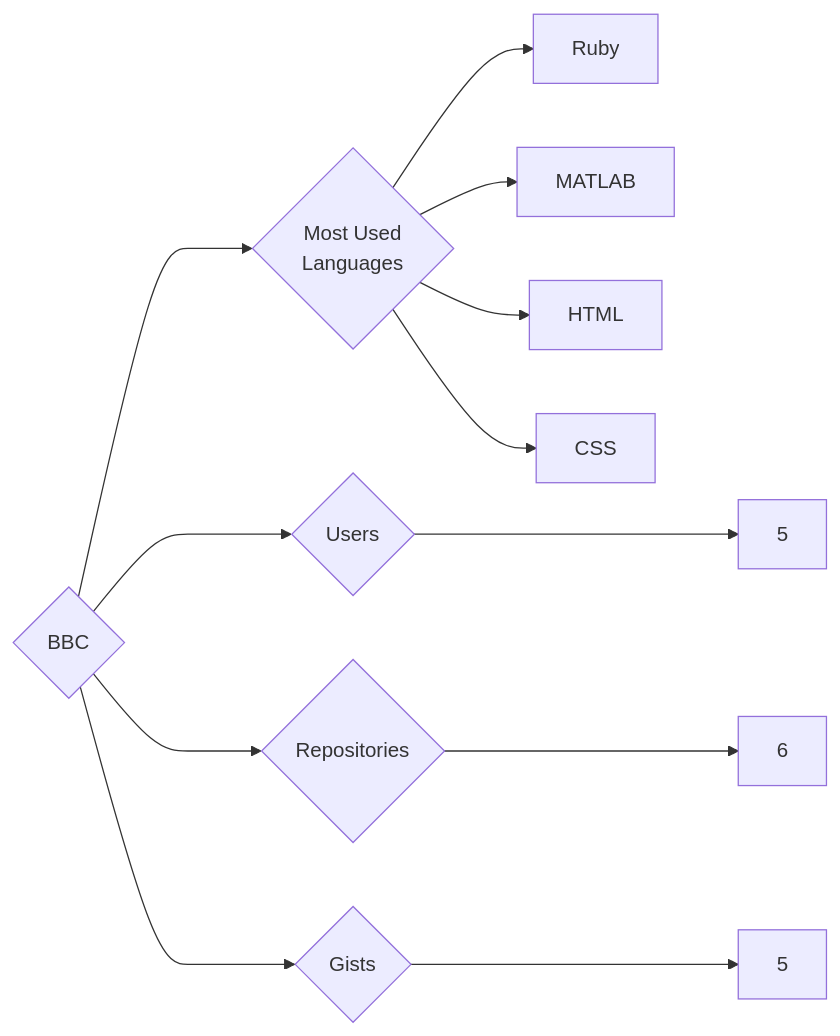
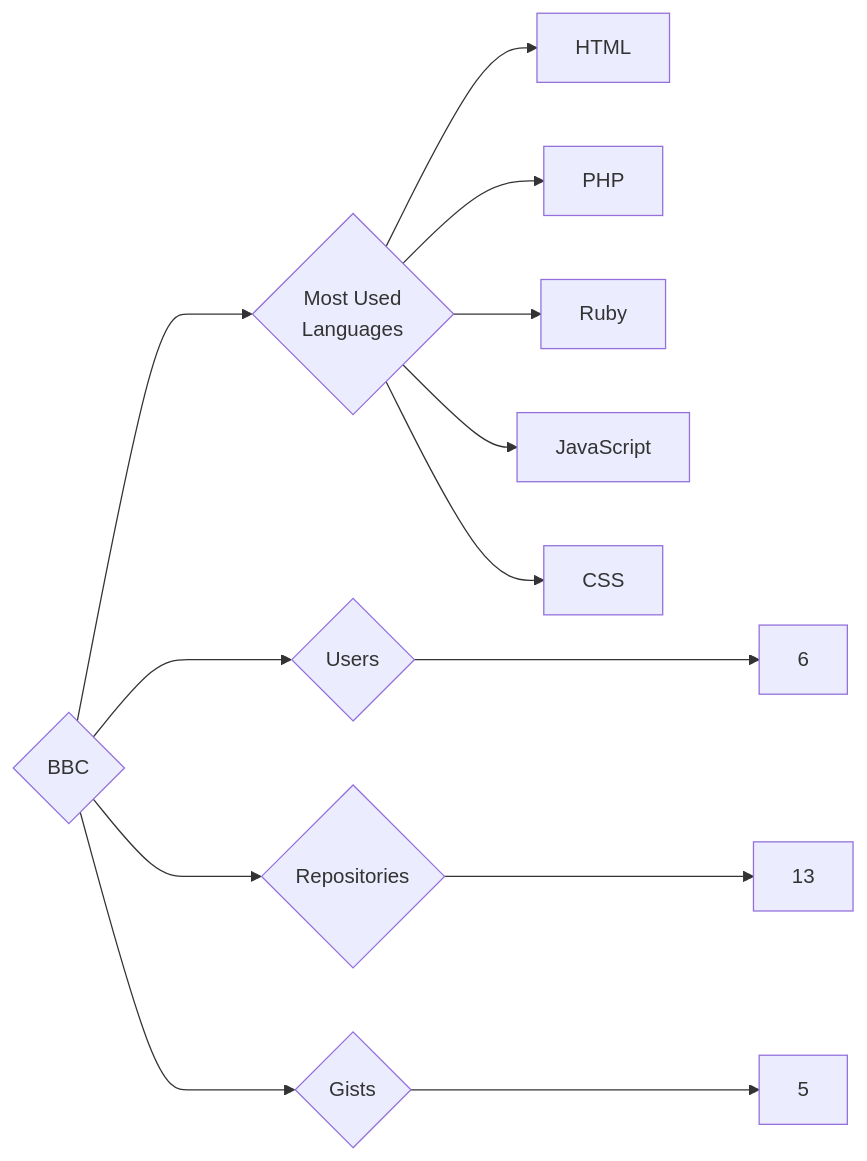
Before and after one commit to trickest/insiders: the diagram in targets/BBC/README.md, drawn with Mermaid. The commit also changed 1055 other files, not shown here.

````diff
--- a/targets/BBC/README.md
+++ b/targets/BBC/README.md
@@ -3,12 +3,13 @@
 ```mermaid
 graph LR
 COMPANY_NAME{BBC}
-COMPANY_NAME ---> U{Users} ---> UN[5]
-COMPANY_NAME ---> R{Repositories} ---> RN[6]
+COMPANY_NAME ---> U{Users} ---> UN[6]
+COMPANY_NAME ---> R{Repositories} ---> RN[13]
 COMPANY_NAME ---> G{Gists} ---> GN[5]
 COMPANY_NAME ---> ML{Most Used<br>Languages}
+ML --> HTML[HTML]
+ML --> PHP[PHP]
 ML --> Ruby[Ruby]
-ML --> MATLAB[MATLAB]
-ML --> HTML[HTML]
+ML --> JavaScript[JavaScript]
 ML --> CSS[CSS]
 ```
````
